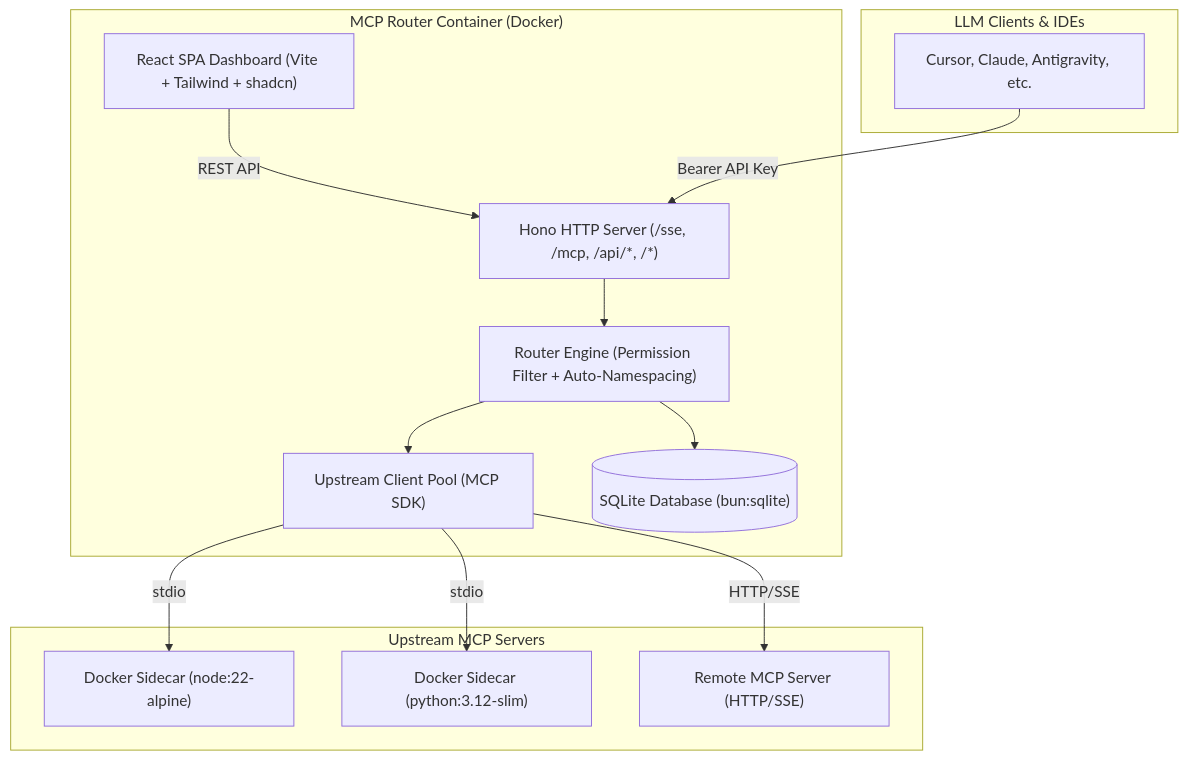
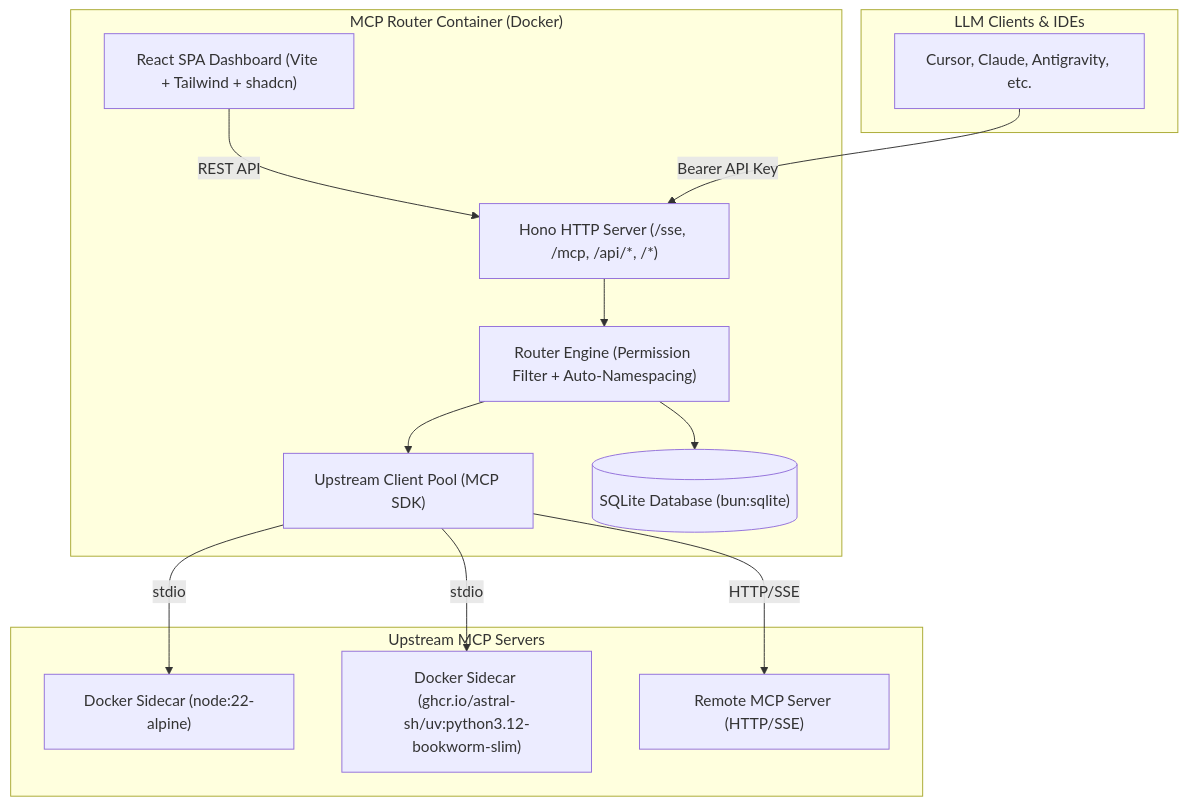
One commit to theBenForce/mcp-router changed the diagram in README.md. Above: the diagram before and after it, drawn with Mermaid. The commit also changed other lines of this file and 1 other file, not shown here.

Commit message:
docs: update sidecar ADR and README for astral-sh/uv base image

````diff
--- a/README.md
+++ b/README.md
@@ -31,30 +31,30 @@
 ```mermaid
 flowchart TB
     subgraph Clients ["LLM Clients & IDEs"]
         C1["Cursor, Claude, Antigravity, etc."]
     end
 
     subgraph Container ["MCP Router Container (Docker)"]
         SPA["React SPA Dashboard (Vite + Tailwind + shadcn)"]
         HONO["Hono HTTP Server (/sse, /mcp, /api/*, /*)"]
         ROUTER["Router Engine (Permission Filter + Auto-Namespacing)"]
         POOL["Upstream Client Pool (MCP SDK)"]
         DB[("SQLite Database (bun:sqlite)")]
 
         SPA -->|REST API| HONO
         HONO --> ROUTER
         ROUTER --> POOL
         ROUTER --> DB
     end
 
     subgraph Upstreams ["Upstream MCP Servers"]
         SC_NODE["Docker Sidecar (node:22-alpine)"]
-        SC_PY["Docker Sidecar (python:3.12-slim)"]
+        SC_PY["Docker Sidecar (ghcr.io/astral-sh/uv:python3.12-bookworm-slim)"]
         REMOTE["Remote MCP Server (HTTP/SSE)"]
     end
 
     C1 -->|"Bearer API Key"| HONO
     POOL -->|"stdio"| SC_NODE
     POOL -->|"stdio"| SC_PY
     POOL -->|"HTTP/SSE"| REMOTE
 ```
````
